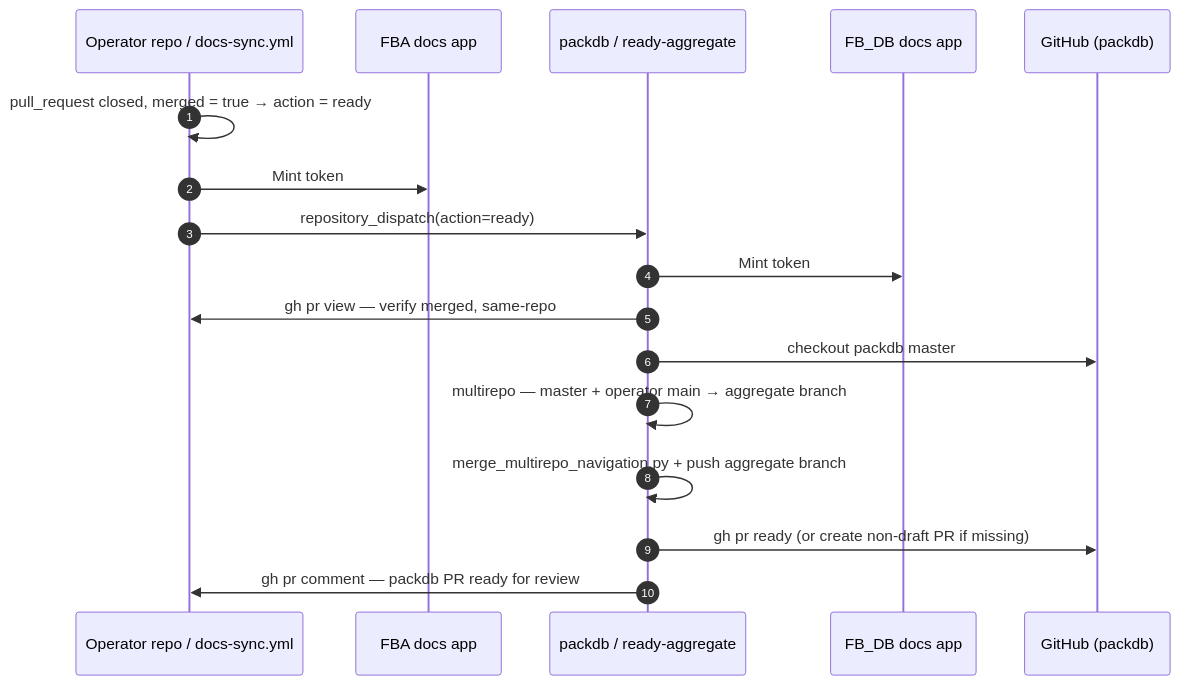
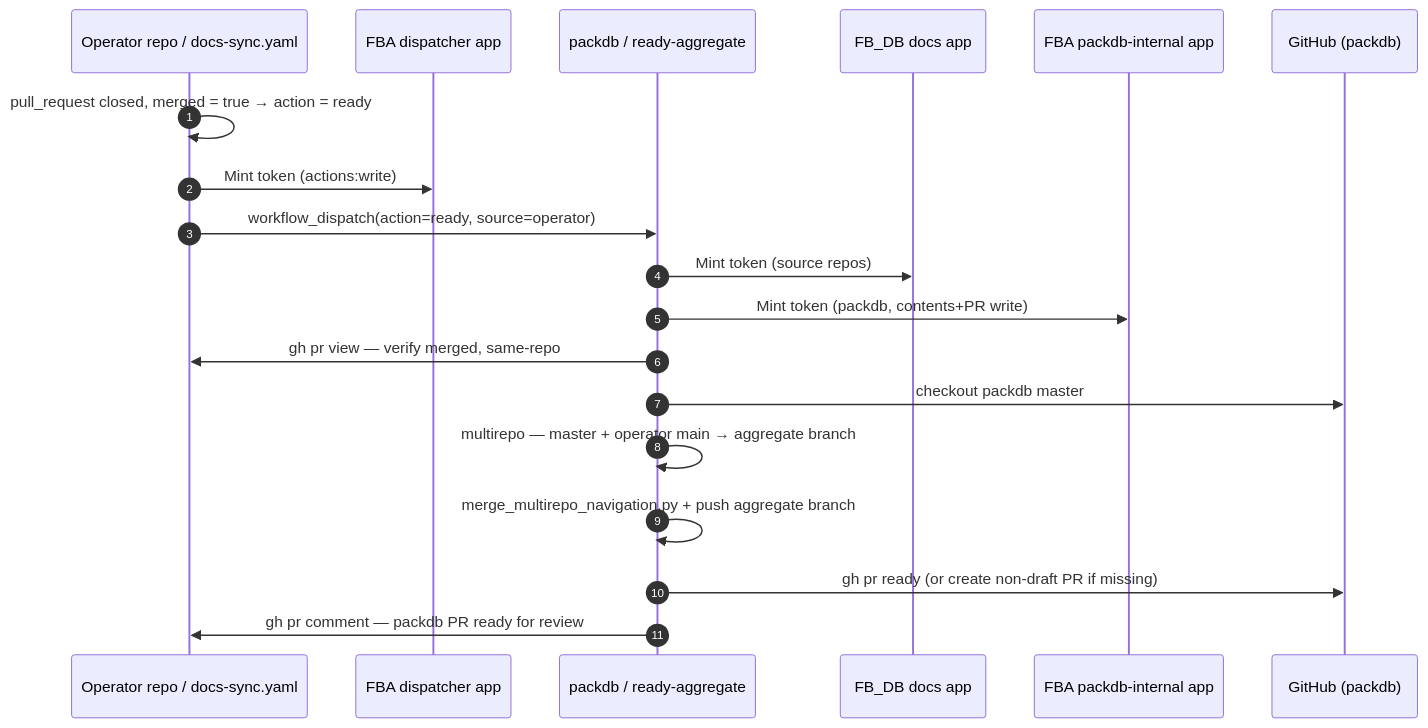
The sixth of 8 diagrams in docs-internal/documentation-workflow.md (firebolt-db/firebolt-kubernetes-operator), drawn with Mermaid before and after one commit. The commit also changed other lines of this file and 2 other files, not shown here.

First line of the commit message:
ci(docs): trigger packdb docs aggregation via workflow_dispatch (FB-863)

````diff
--- a/docs-internal/documentation-workflow.md
+++ b/docs-internal/documentation-workflow.md
@@ -221,20 +230,22 @@
 ```mermaid
 sequenceDiagram
   autonumber
-  participant OP as Operator repo / docs-sync.yml
-  participant FBA as FBA docs app
+  participant OP as Operator repo / docs-sync.yaml
+  participant FBA as FBA dispatcher app
   participant PDB as packdb / ready-aggregate
   participant FBDB as FB_DB docs app
+  participant PINT as FBA packdb-internal app
   participant GH as GitHub (packdb)
 
   OP->>OP: pull_request closed, merged = true → action = ready
-  OP->>FBA: Mint token
-  OP->>PDB: repository_dispatch(action=ready)
-  PDB->>FBDB: Mint token
+  OP->>FBA: Mint token (actions:write)
+  OP->>PDB: workflow_dispatch(action=ready, source=operator)
+  PDB->>FBDB: Mint token (source repos)
+  PDB->>PINT: Mint token (packdb, contents+PR write)
   PDB->>OP: gh pr view — verify merged, same-repo
   PDB->>GH: checkout packdb master
   PDB->>PDB: multirepo — master + operator main → aggregate branch
   PDB->>PDB: merge_multirepo_navigation.py + push aggregate branch
   PDB->>GH: gh pr ready (or create non-draft PR if missing)
   PDB->>OP: gh pr comment — packdb PR ready for review
 ```
````
